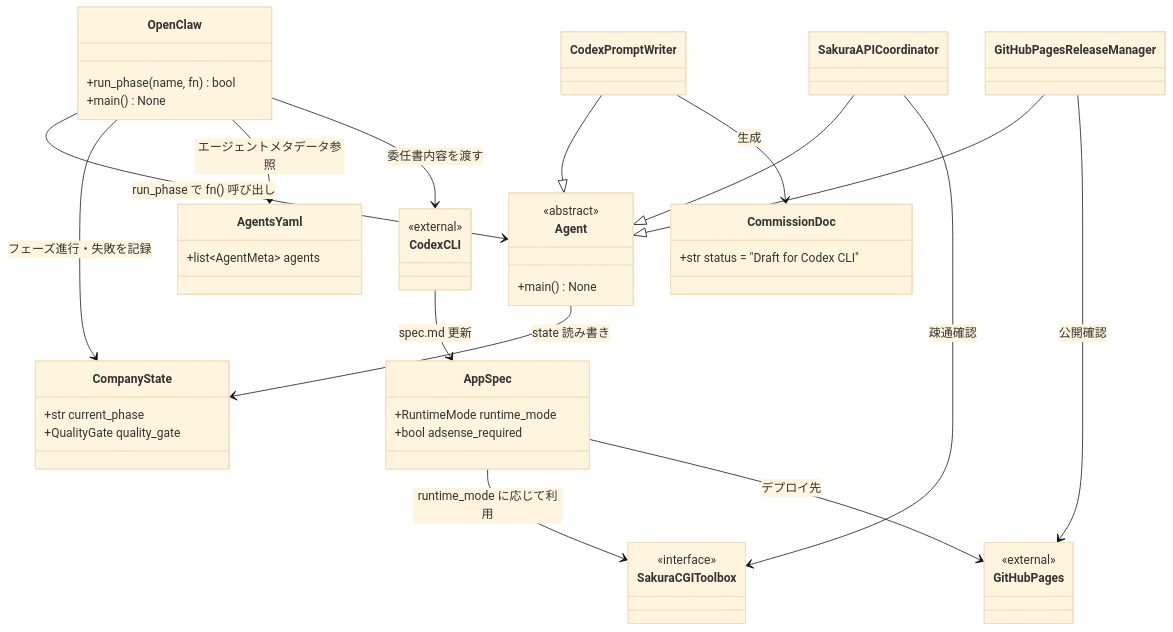
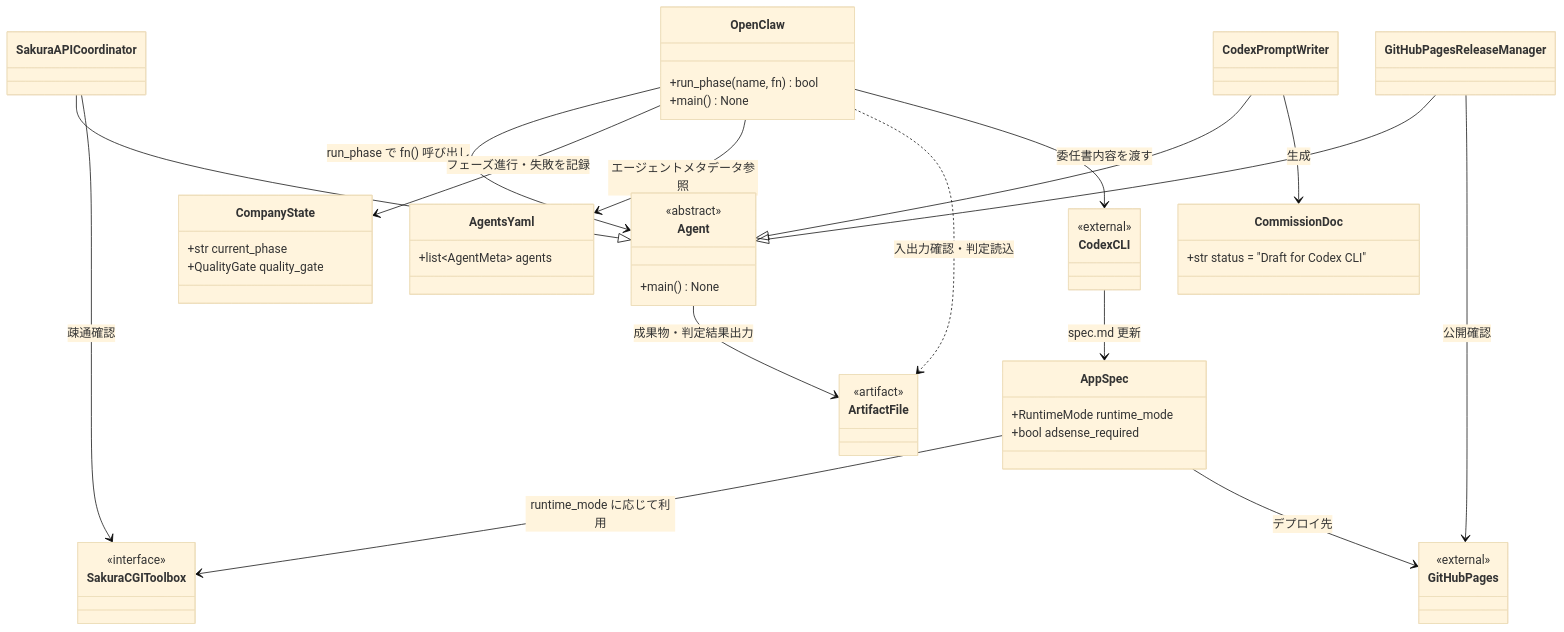
The seventh of 7 diagrams in CLASS.md (garyohosu/openclaw-app-company), drawn with Mermaid (base theme) before and after one commit. The commit also changed other lines of this file and 4 other files, not shown here.

Commit message:
Align CLASS and sequence docs with Q58-Q60

````diff
--- a/CLASS.md
+++ b/CLASS.md
@@ -612,49 +604,53 @@
 ```mermaid
 classDiagram
     class OpenClaw {
         +run_phase(name, fn) bool
         +main() None
     }
     class Agent {
         <<abstract>>
         +main() None
     }
     class CompanyState {
         +str current_phase
         +QualityGate quality_gate
     }
     class AgentsYaml {
         +list~AgentMeta~ agents
     }
     class CommissionDoc {
         +str status = "Draft for Codex CLI"
     }
     class AppSpec {
         +RuntimeMode runtime_mode
         +bool adsense_required
     }
+    class ArtifactFile {
+        <<artifact>>
+    }
     class SakuraCGIToolbox {
         <<interface>>
     }
     class CodexCLI {
         <<external>>
     }
     class GitHubPages {
         <<external>>
     }
 
     OpenClaw --> Agent : run_phase で fn() 呼び出し
     OpenClaw --> CompanyState : フェーズ進行・失敗を記録
     OpenClaw --> AgentsYaml : エージェントメタデータ参照
-    Agent --> CompanyState : state 読み書き
+    OpenClaw ..> ArtifactFile : 入出力確認・判定読込
+    Agent --> ArtifactFile : 成果物・判定結果出力
     CodexPromptWriter --|> Agent
     CodexPromptWriter --> CommissionDoc : 生成
     OpenClaw --> CodexCLI : 委任書内容を渡す
     CodexCLI --> AppSpec : spec.md 更新
     GitHubPagesReleaseManager --|> Agent
     GitHubPagesReleaseManager --> GitHubPages : 公開確認
     SakuraAPICoordinator --|> Agent
     SakuraAPICoordinator --> SakuraCGIToolbox : 疎通確認
     AppSpec --> SakuraCGIToolbox : runtime_mode に応じて利用
     AppSpec --> GitHubPages : デプロイ先
 ```
````
